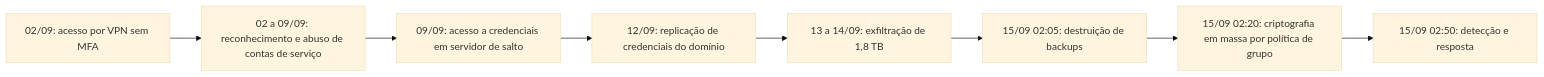
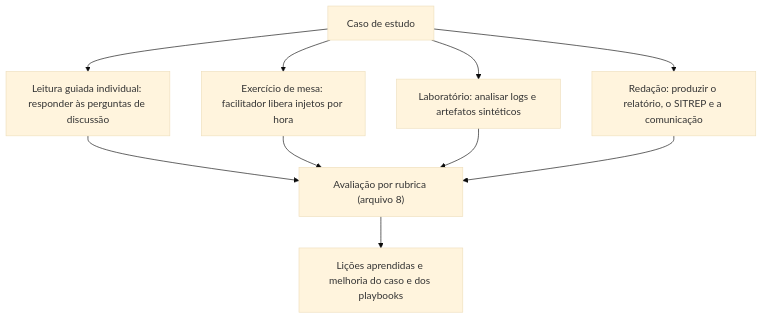
One commit to 6x9wfjdvxx-glitch/digital-forensics-lab changed the diagram in 28-case-studies/caso-1-ransomware-com-exfiltracao-em-empresa-industrial.md. Above: the diagram before and after it, drawn with Mermaid (base theme). The commit also changed other lines of this file, not shown here.

First line of the commit message:
Adicionar metodologia de estudos de caso forenses

````diff
--- a/28-case-studies/caso-1-ransomware-com-exfiltracao-em-empresa-industrial.md
+++ b/28-case-studies/caso-1-ransomware-com-exfiltracao-em-empresa-industrial.md
@@ -47,10 +112,12 @@
 ```mermaid
-flowchart LR
-    A["02/09: acesso por VPN sem MFA"] --> B["02 a 09/09: reconhecimento e abuso de contas de serviço"]
-    B --> C["09/09: acesso a credenciais em servidor de salto"]
-    C --> D["12/09: replicação de credenciais do domínio"]
-    D --> E["13 a 14/09: exfiltração de 1,8 TB"]
-    E --> F["15/09 02:05: destruição de backups"]
-    F --> G["15/09 02:20: criptografia em massa por política de grupo"]
-    G --> H["15/09 02:50: detecção e resposta"]
+flowchart TD
+    A["Caso de estudo"] --> B["Leitura guiada individual: responder às perguntas de discussão"]
+    A --> C["Exercício de mesa: facilitador libera injetos por hora"]
+    A --> D["Laboratório: analisar logs e artefatos sintéticos"]
+    A --> E["Redação: produzir o relatório, o SITREP e a comunicação"]
+    B --> F["Avaliação por rubrica (arquivo 8)"]
+    C --> F
+    D --> F
+    E --> F
+    F --> G["Lições aprendidas e melhoria do caso e dos playbooks"]
 ```
````
